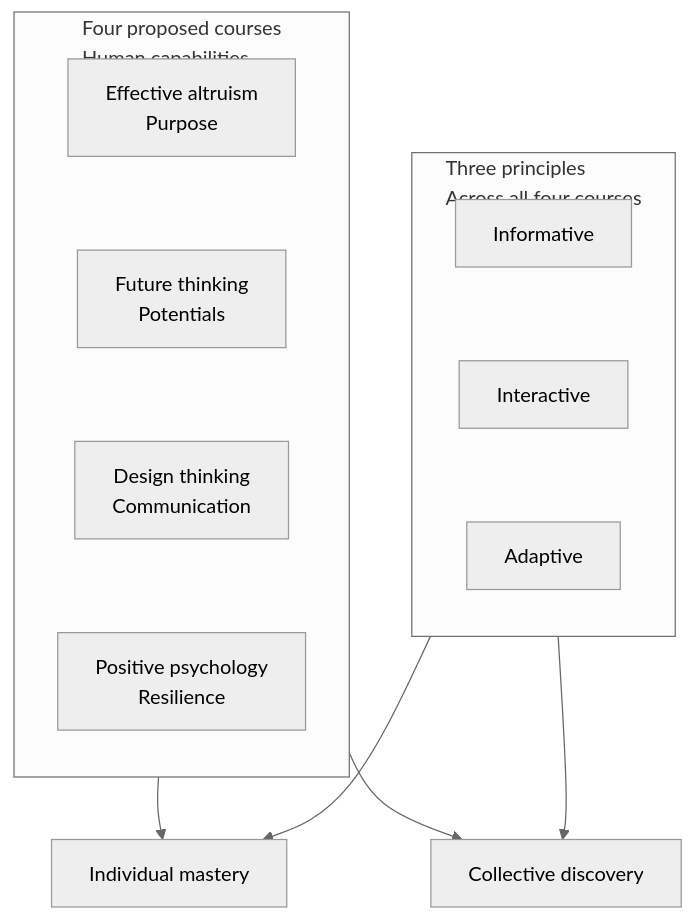
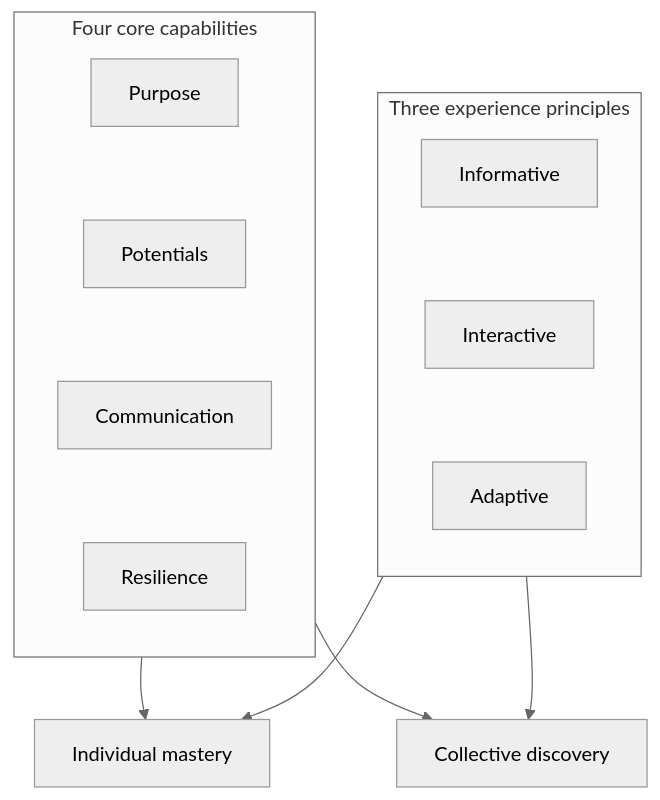
Before and after one commit to domijin/domijin.github.io: the diagram in articles/diagrams/open-learning-framework.mmd, drawn with Mermaid (neutral theme). The commit also changed 43 other files, not shown here.

```diff
--- a/articles/diagrams/open-learning-framework.mmd
+++ b/articles/diagrams/open-learning-framework.mmd
@@ -1,15 +1,15 @@
 flowchart TB
   accTitle: Two independent dimensions of open learning
-  accDescr: Four proposed courses develop purpose, potentials, communication and resilience. Three experience principles apply across all four. Both dimensions inform individual mastery and collective discovery.
-  subgraph A["Four proposed courses<br/>Human capabilities"]
+  accDescr: Four capabilities and three experience principles support mastery and discovery.
+  subgraph A["Four core capabilities"]
     direction TB
-    A1["Effective altruism<br/>Purpose"] ~~~ A2["Future thinking<br/>Potentials"] ~~~ A3["Design thinking<br/>Communication"] ~~~ A4["Positive psychology<br/>Resilience"]
+    A1["Purpose"] ~~~ A2["Potentials"] ~~~ A3["Communication"] ~~~ A4["Resilience"]
   end
-  subgraph B["Three principles<br/>Across all four courses"]
+  subgraph B["Three experience principles"]
     direction TB
     B1["Informative"] ~~~ B2["Interactive"] ~~~ B3["Adaptive"]
   end
   A --> M["Individual mastery"]
   B --> M
   A --> D["Collective discovery"]
   B --> D
```
